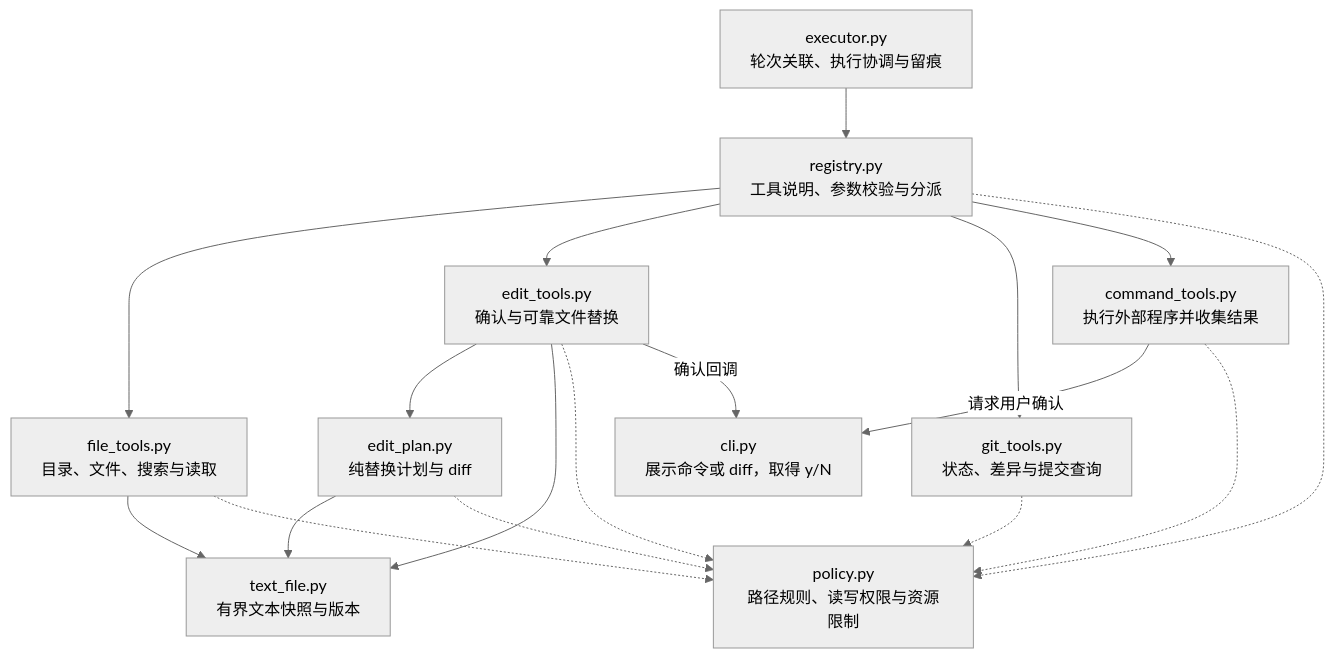
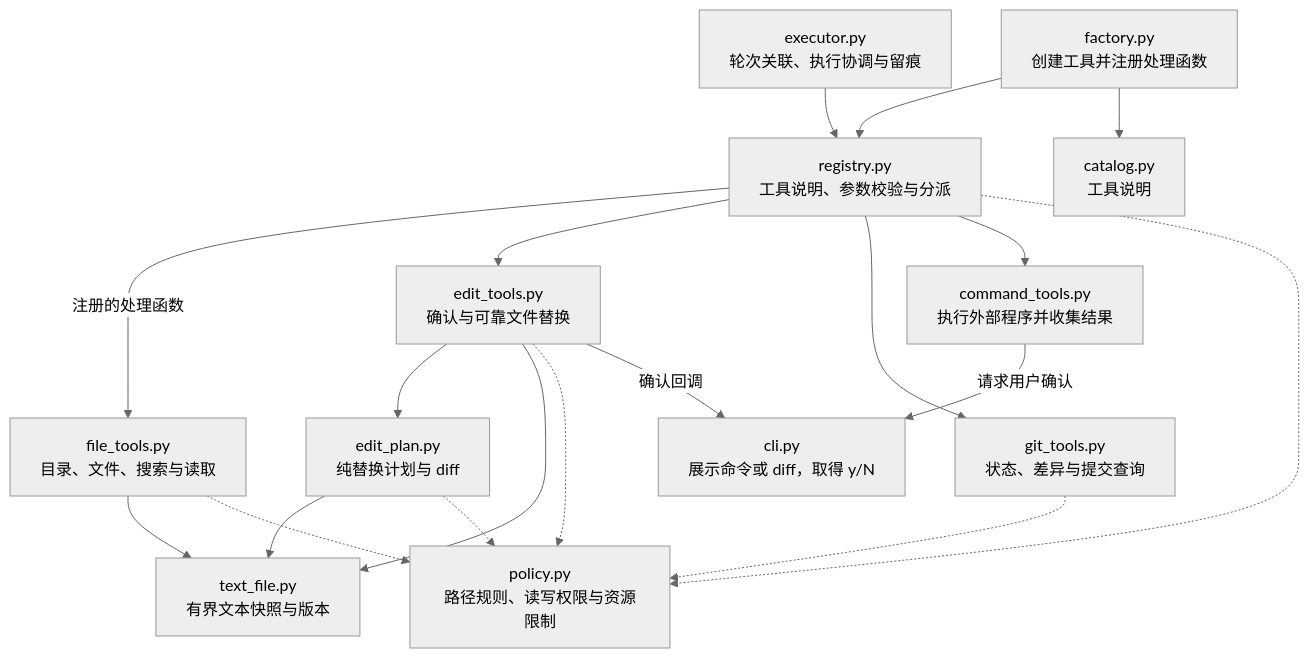
The second of 3 diagrams in docs/architecture.md (Plvltra/AdamAgent), drawn with Mermaid (neutral theme) before and after one commit. The commit also changed other lines of this file and 58 other files, not shown here.

````diff
--- a/docs/architecture.md
+++ b/docs/architecture.md
@@ -76,21 +81,22 @@
 ```mermaid
 flowchart TD
     E["executor.py<br/>轮次关联、执行协调与留痕"] --> R["registry.py<br/>工具说明、参数校验与分派"]
-    R --> F["file_tools.py<br/>目录、文件、搜索与读取"]
+    FACTORY["factory.py<br/>创建工具并注册处理函数"] --> R
+    FACTORY --> CATALOG["catalog.py<br/>工具说明"]
+    R -->|"注册的处理函数"| F["file_tools.py<br/>目录、文件、搜索与读取"]
     F --> SNAP["text_file.py<br/>有界文本快照与版本"]
     PLAN["edit_plan.py<br/>纯替换计划与 diff"] --> SNAP
     PLAN -.-> P
     R --> EDIT
     EDIT["edit_tools.py<br/>确认与可靠文件替换"] --> PLAN
     EDIT --> SNAP
     EDIT -.-> P
     EDIT -->|"确认回调"| UI
     R --> G["git_tools.py<br/>状态、差异与提交查询"]
     R --> C["command_tools.py<br/>执行外部程序并收集结果"]
     C -->|"请求用户确认"| UI["cli.py<br/>展示命令或 diff，取得 y/N"]
 
     R -.-> P["policy.py<br/>路径规则、读写权限与资源限制"]
     F -.-> P
     G -.-> P
-    C -.-> P
 ```
````
